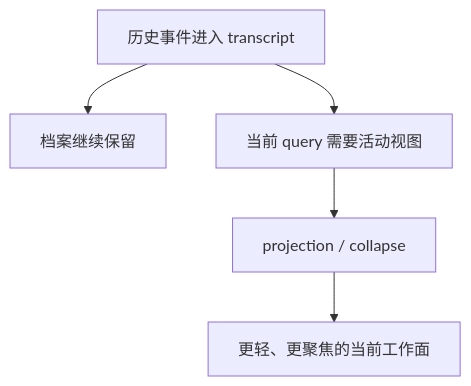
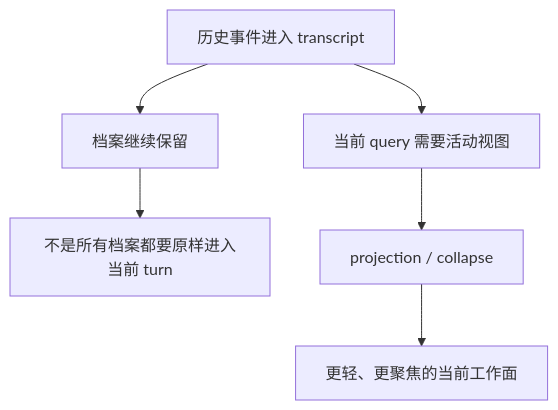
The second of 2 diagrams in docs/guidebookv2/volume-4/06-projection-and-collapse-govern-the-workable-view-not-the-transcript-itself.md (T0UGH/claude-code-source-guide), drawn with Mermaid before and after one commit. The commit also changed other lines of this file and 4 other files, not shown here.

````diff
--- a/docs/guidebookv2/volume-4/06-projection-and-collapse-govern-the-workable-view-not-the-transcript-itself.md
+++ b/docs/guidebookv2/volume-4/06-projection-and-collapse-govern-the-workable-view-not-the-transcript-itself.md
@@ -77,7 +112,8 @@
 ```mermaid
 flowchart TD
     A[历史事件进入 transcript] --> B[档案继续保留]
     A --> C[当前 query 需要活动视图]
-    C --> D[projection / collapse]
-    D --> E[更轻、更聚焦的当前工作面]
+    B --> D[不是所有档案都要原样进入当前 turn]
+    C --> E[projection / collapse]
+    E --> F[更轻、更聚焦的当前工作面]
 ```
````
